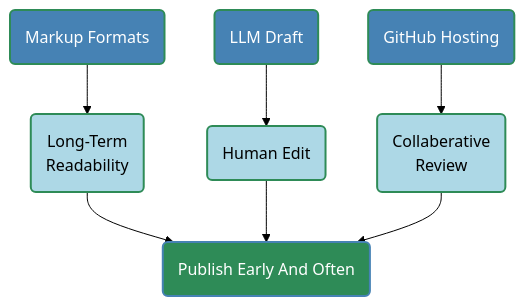
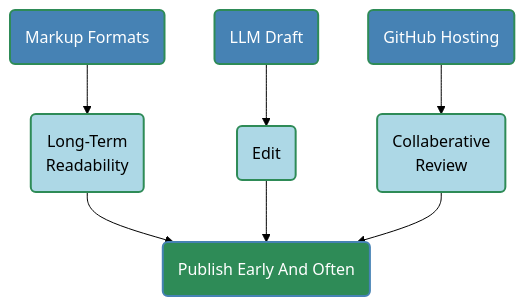
Before and after one commit to buckeye43210/markdown-to-snowkb: the sixth of 12 diagrams in README.md, drawn with Mermaid (forest theme).

````diff
--- a/README.md
+++ b/README.md
@@ -354,24 +354,24 @@
 ```mermaid
 graph TD
     A(Markup Formats)
     B(Long-Term<br> Readability)
     C(LLM Draft)
-    D(Human Edit)
+    D(Edit)
     E(GitHub Hosting)
     F(Collaberative<br> Review)
     G(Publish Early And Often)
     A  --> B
     C  --> D
     E  --> F
     B  --> G
     D  --> G
     F  --> G
 
     style A fill:#4682B4,stroke:#2E8B57,stroke-width:2px,color:#FFFFFF
     style B fill:#ADD8E6,stroke:#2E8B57,stroke-width:2px
     style C fill:#4682B4,stroke:#2E8B57,stroke-width:2px,color:#FFFFFF
     style D fill:#ADD8E6,stroke:#2E8B57,stroke-width:2px
     style E fill:#4682B4,stroke:#2E8B57,stroke-width:2px,color:#FFFFFF
     style F fill:#ADD8E6,stroke:#2E8B57,stroke-width:2px
     style G fill:#2E8B57,stroke:#4682B4,stroke-width:2px,color:#FFFFFF
 ```
````
